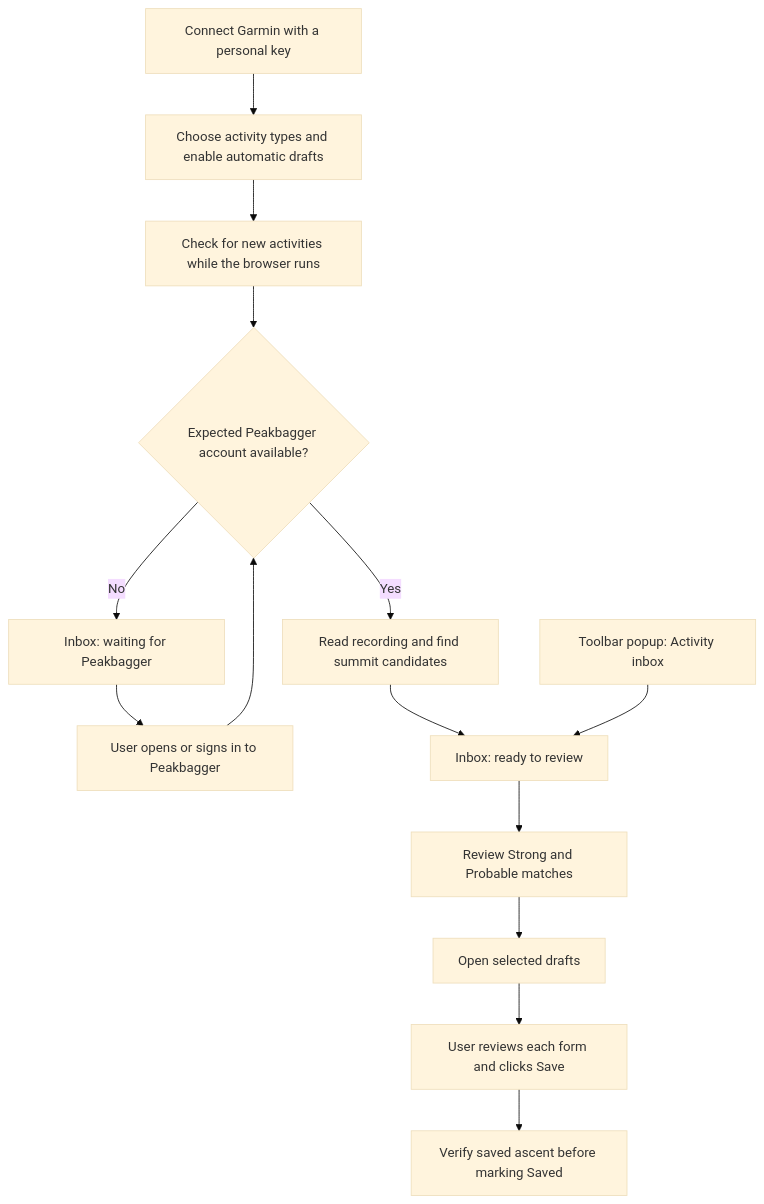
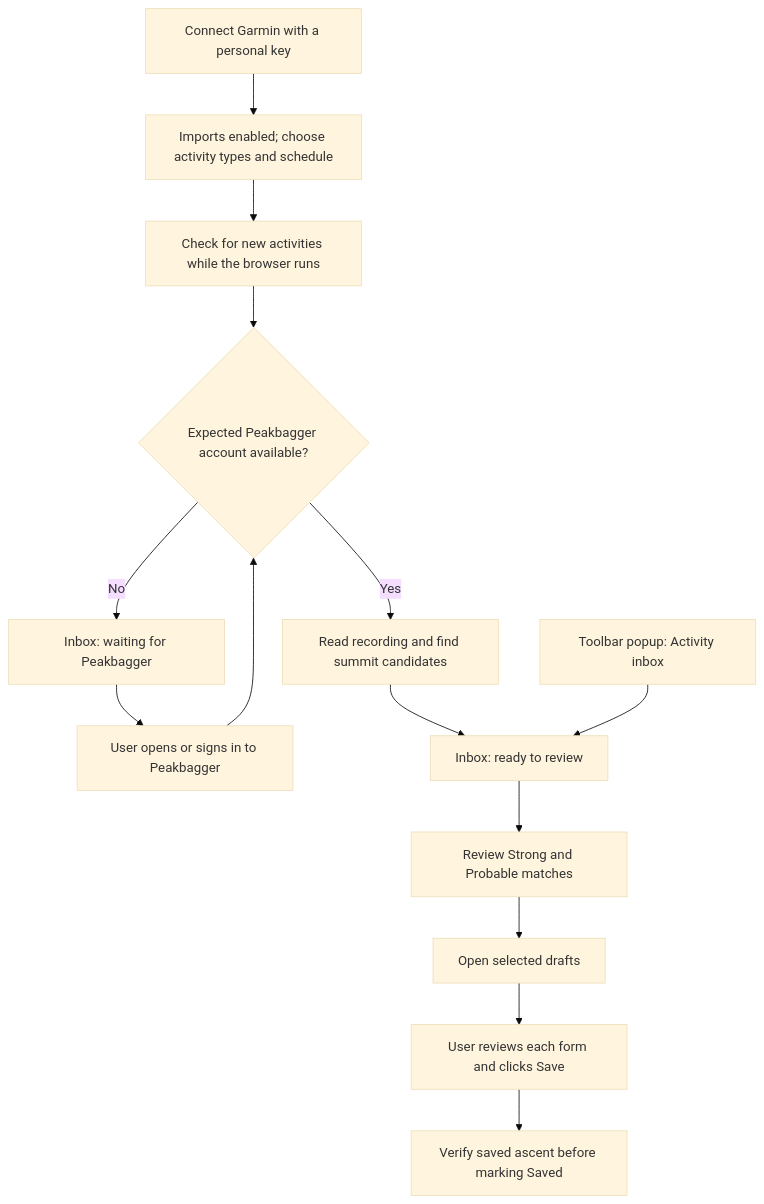
One commit to wilmtang/better-peakbagger changed the diagram in docs/plans/garmin-personal-api-draft-inbox.md. Above: the diagram before and after it, drawn with Mermaid (base theme). The commit also changed other lines of this file and 13 other files, not shown here.

First line of the commit message:
fix: enable garmin drafts when connecting a key

````diff
--- a/docs/plans/garmin-personal-api-draft-inbox.md
+++ b/docs/plans/garmin-personal-api-draft-inbox.md
@@ -357,16 +359,16 @@
 ```mermaid
 flowchart TD
-    connect["Connect Garmin with a personal key"] --> scope["Choose activity types and enable automatic drafts"]
+    connect["Connect Garmin with a personal key"] --> scope["Imports enabled; choose activity types and schedule"]
     scope --> discover["Check for new activities while the browser runs"]
     discover --> session{"Expected Peakbagger account available?"}
     session -- No --> wait["Inbox: waiting for Peakbagger"]
     wait --> user["User opens or signs in to Peakbagger"]
     user --> session
     session -- Yes --> prepare["Read recording and find summit candidates"]
     prepare --> inbox["Inbox: ready to review"]
     toolbar["Toolbar popup: Activity inbox"] --> inbox
     inbox --> review["Review Strong and Probable matches"]
     review --> open["Open selected drafts"]
     open --> save["User reviews each form and clicks Save"]
     save --> verify["Verify saved ascent before marking Saved"]
 ```
````
